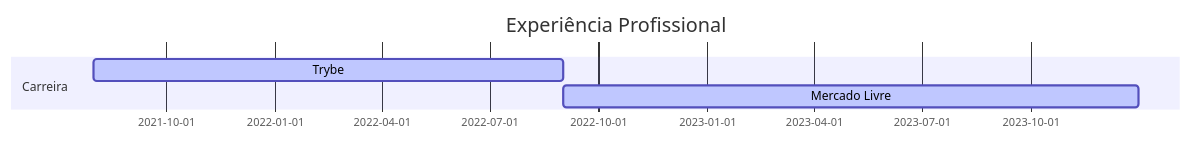
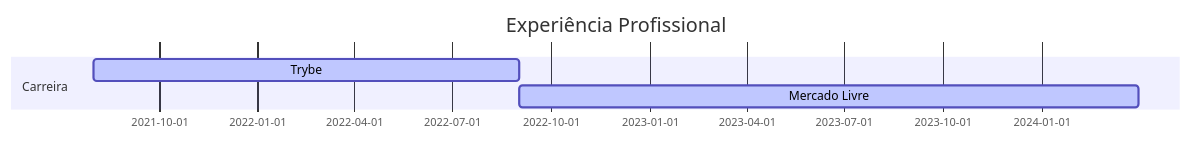
The diagram in README.md (andersonmalves/andersonmalves), drawn with Mermaid before and after one commit.

````diff
--- a/README.md
+++ b/README.md
@@ -22,9 +22,9 @@
 ```mermaid
 gantt
 dateFormat  YYYY-MM-DD
 title Experiência Profissional
 
 section Carreira
 Trybe                 :active,, 2021-08-01,2022-09-01
-Mercado Livre         :active,, 2022-09-01,2023-12-31
+Mercado Livre         :active,, 2022-09-01,2024-03-31
 ```
````
